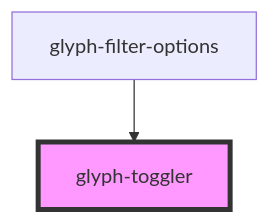
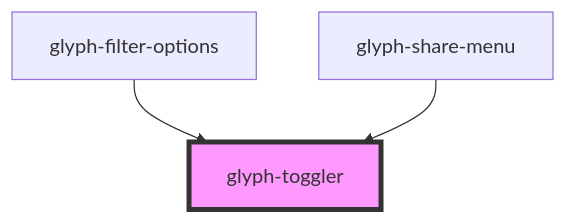
One commit to adrianiy/synth-ui changed the diagram in packages/glyph-components/src/components/toggler/readme.md. Above: the diagram before and after it, drawn with Mermaid. The commit also changed other lines of this file and 13 other files, not shown here.

Commit message:
feat(components): add share menu component

````diff
--- a/packages/glyph-components/src/components/toggler/readme.md
+++ b/packages/glyph-components/src/components/toggler/readme.md
@@ -23,5 +24,6 @@
 ```mermaid
 graph TD;
   glyph-filter-options --> glyph-toggler
+  glyph-share-menu --> glyph-toggler
   style glyph-toggler fill:#f9f,stroke:#333,stroke-width:4px
 ```
````
